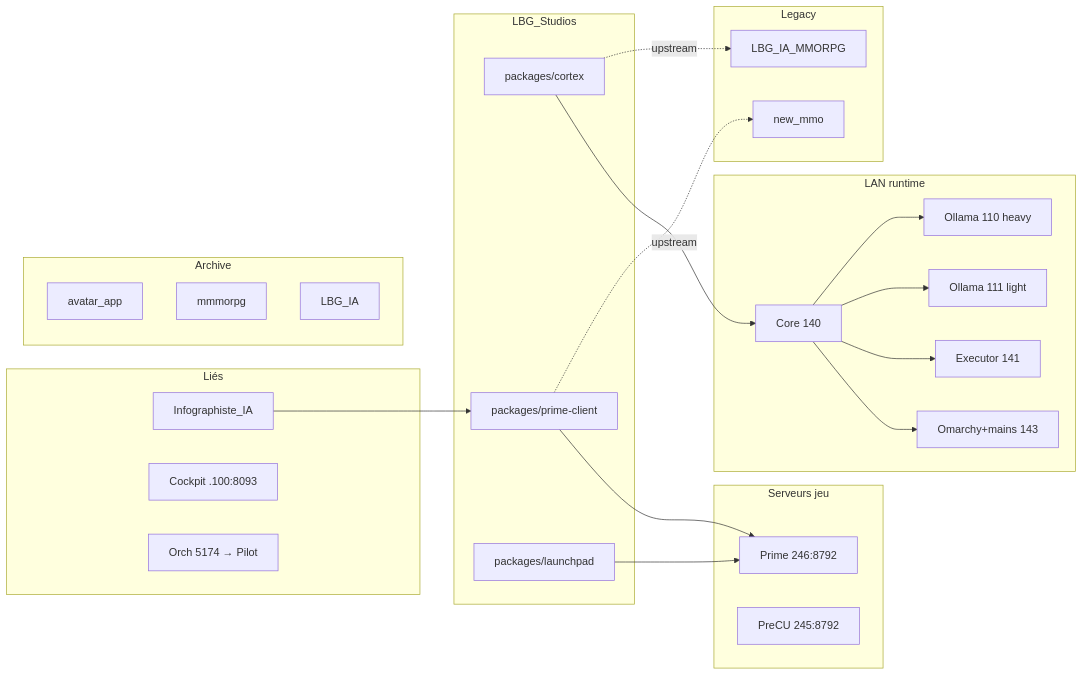
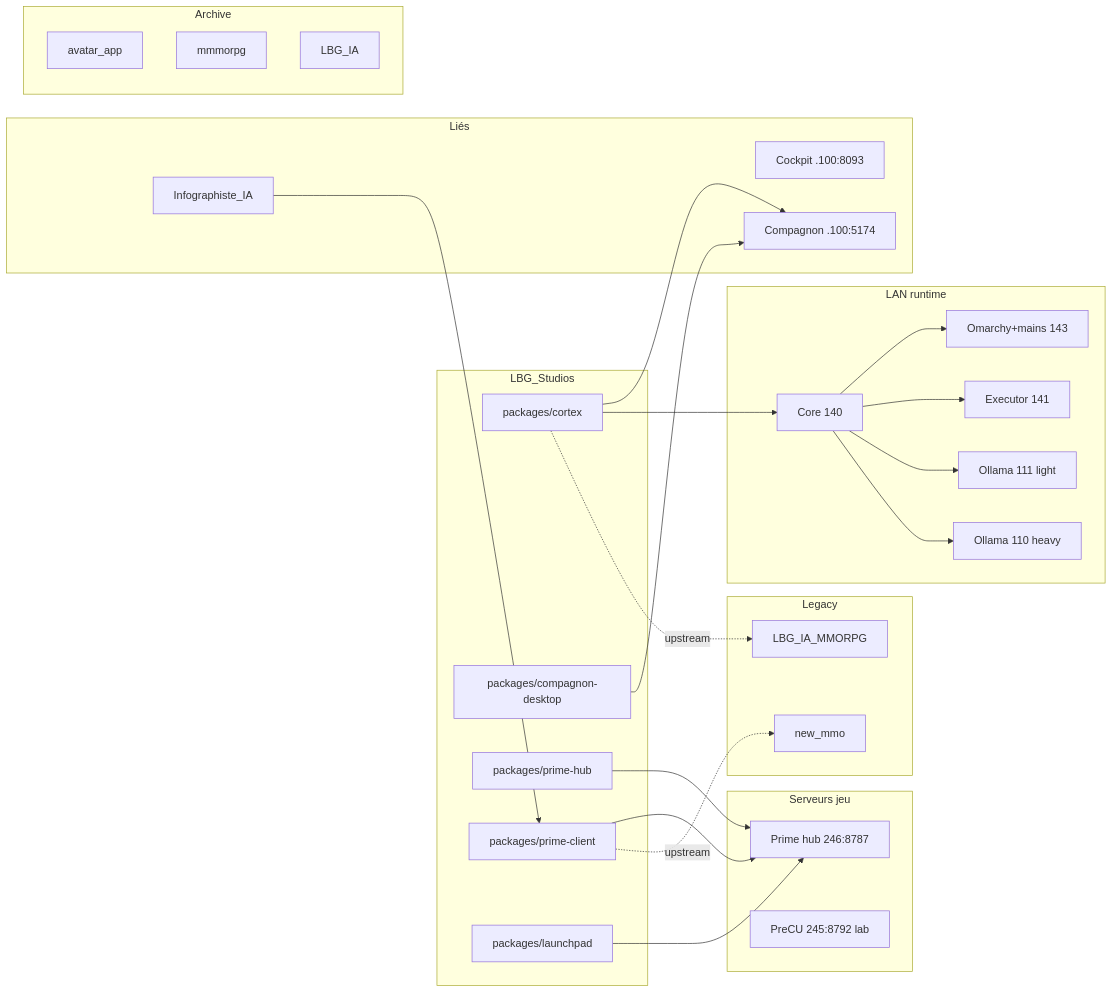
The diagram in docs/REGISTRE.md (Teome0245/LBG_Studios), drawn with Mermaid before and after one commit. The commit also changed other lines of this file and 6 other files, not shown here.

````diff
--- a/docs/REGISTRE.md
+++ b/docs/REGISTRE.md
@@ -169,43 +173,48 @@
 ```mermaid
 flowchart LR
   subgraph studios["LBG_Studios"]
     CX["packages/cortex"]
+    CD["packages/compagnon-desktop"]
+    PH["packages/prime-hub"]
     PC["packages/prime-client"]
     LP["packages/launchpad"]
   end
   subgraph linked["Liés"]
     INFO["Infographiste_IA"]
     CK["Cockpit .100:8093"]
-    ORCH["Orch 5174 → Pilot"]
+    COMP["Compagnon .100:5174"]
   end
   subgraph lan["LAN runtime"]
     H110["Ollama 110 heavy"]
     H111["Ollama 111 light"]
     H140["Core 140"]
     H141["Executor 141"]
     H143["Omarchy+mains 143"]
   end
   subgraph game["Serveurs jeu"]
-    P246["Prime 246:8792"]
-    P245["PreCU 245:8792"]
+    P246["Prime hub 246:8787"]
+    P245["PreCU 245:8792 lab"]
   end
   subgraph arch["Archive"]
     AVA["avatar_app"]
     MMM["mmmorpg"]
     LIA["LBG_IA"]
   end
   subgraph legacy["Legacy"]
     MMO["LBG_IA_MMORPG"]
     NM["new_mmo"]
   end
   INFO --> PC
   CX -.->|"upstream"| MMO
   PC -.->|"upstream"| NM
   CX --> H140
+  CX --> COMP
+  CD --> COMP
   H140 --> H110
   H140 --> H111
   H140 --> H141
   H140 --> H143
+  PH --> P246
   LP --> P246
   PC --> P246
 ```
````
